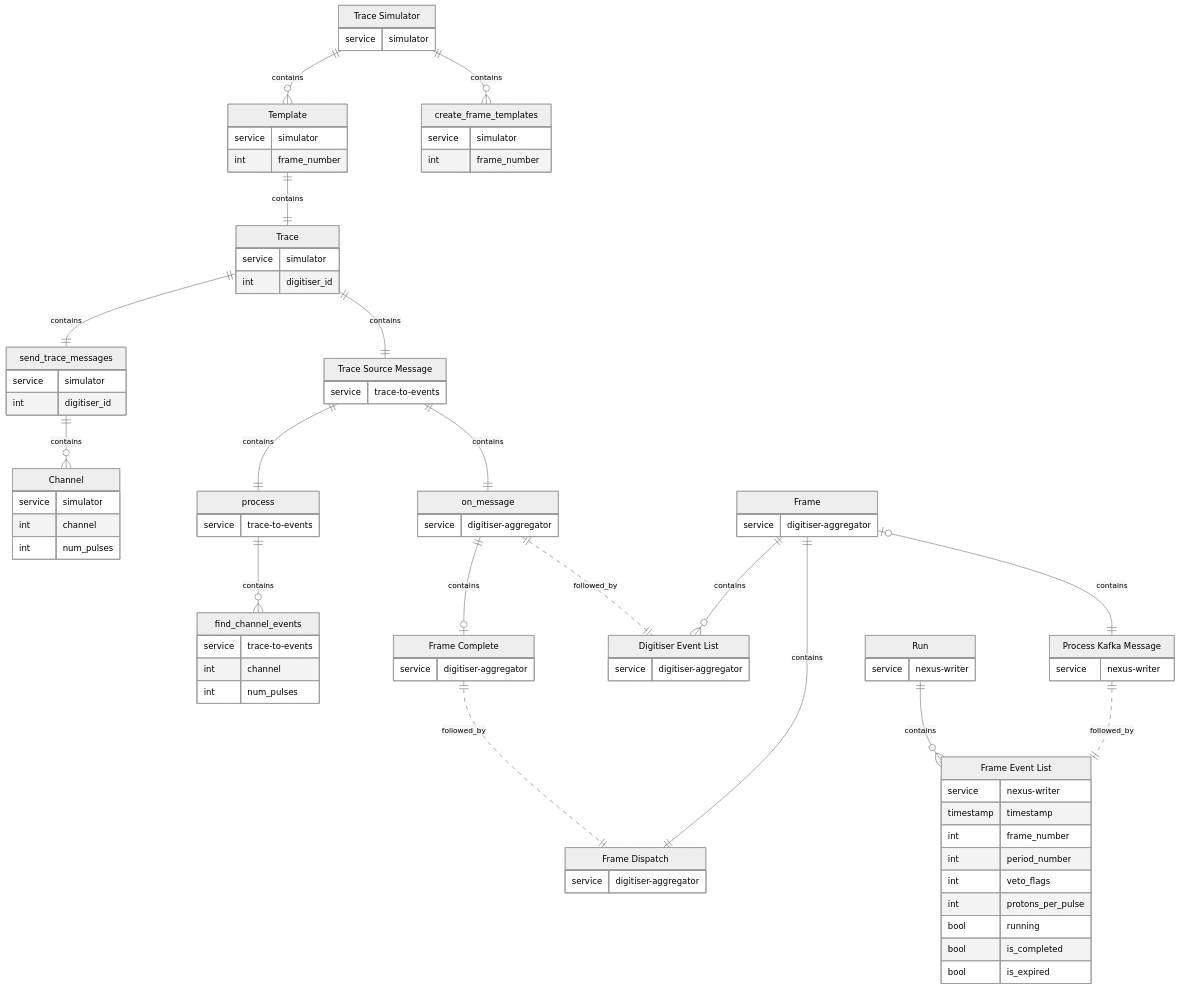
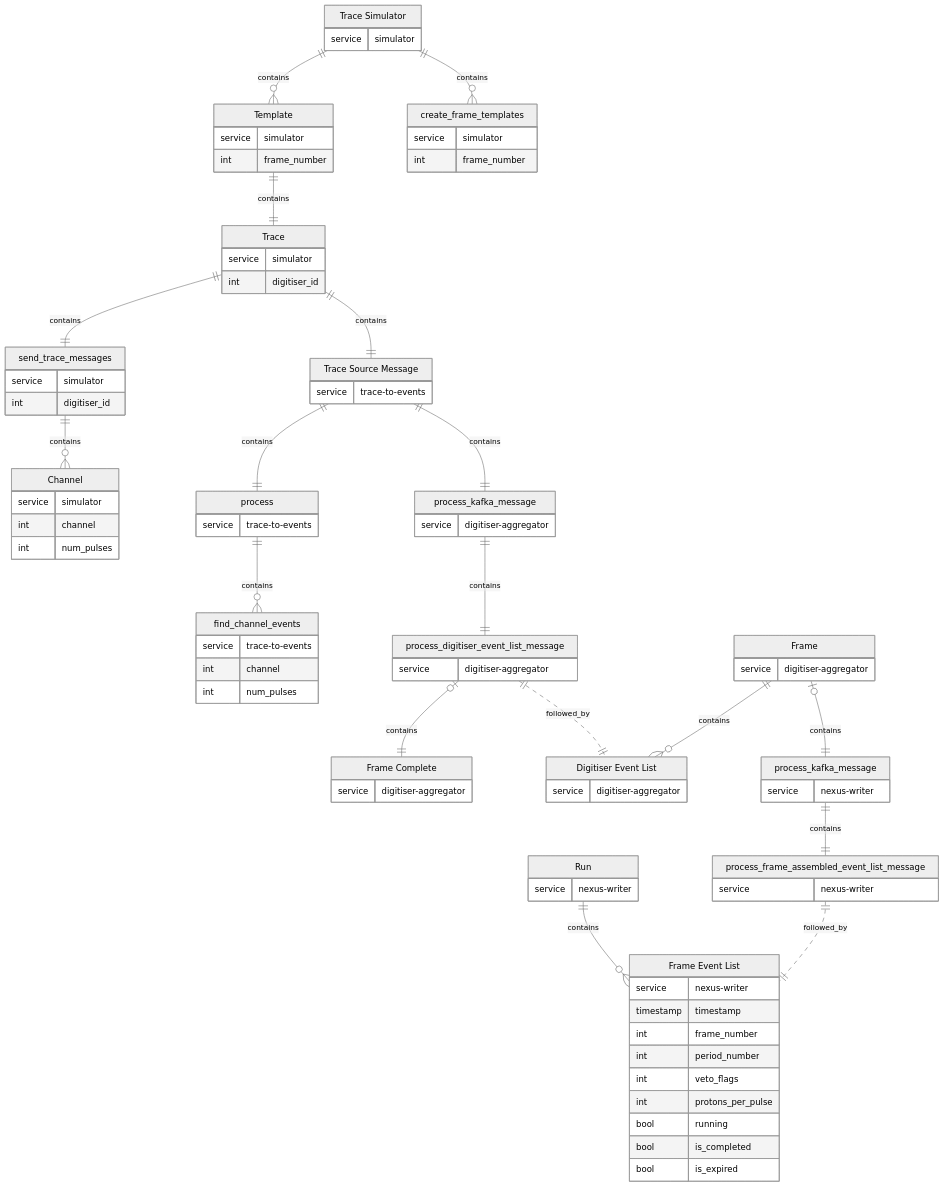
One commit to STFC-ICD-Research-and-Design/supermusr-data-pipeline changed the first of 4 diagrams in docs/tracing.md. Above: the diagram before and after it, drawn with Mermaid (neutral theme). The commit also changed other lines of this file and 2 other files, not shown here.

Commit message:
Refactoring

````diff
--- a/docs/tracing.md
+++ b/docs/tracing.md
@@ -92,13 +92,13 @@
     TEMPLATE ||--|| SIM_TRACE : contains
     SEND_TRC_MSG["send_trace_messages"] {
         service simulator
-        int digitiser_id    
+        int digitiser_id
     }
     SIM_TRACE ||--|| SEND_TRC_MSG : contains
     TRACE_CHNLS["Channel"] {
         service simulator
         int channel
-        int num_pulses    
+        int num_pulses
     }
     SEND_TRC_MSG ||--o{ TRACE_CHNLS : contains
     CREATE_FRM_TMPLS["create_frame_templates"] {
@@ -122,33 +122,35 @@
     }
     PROCESS ||--o{ FIND_CHNL_EVTS : contains
 
-    DA_ON_MSG["on_message"] {
+    DA_KAFKA_MSG["process_kafka_message"] {
         service digitiser-aggregator
     }
-    TRACE_SRC_MSG ||--|| DA_ON_MSG : contains
-    FRAME_COMPLETE["Frame Complete"] {
+    TRACE_SRC_MSG ||--|| DA_KAFKA_MSG : contains
+    DA_DIG_EVT_MSG["process_digitiser_event_list_message"] {
         service digitiser-aggregator
     }
-    DA_ON_MSG ||--o| FRAME_COMPLETE : contains
+    DA_FRAME_COMPLETE["Frame Complete"] {
+        service digitiser-aggregator
+    }
+    DA_DIG_EVT_MSG |o--|| DA_FRAME_COMPLETE : contains
+    DA_KAFKA_MSG ||--|| DA_DIG_EVT_MSG : contains
     FRAME["Frame"] {
         service digitiser-aggregator
     }
     FRAME_DIGITISER["Digitiser Event List"] {
         service digitiser-aggregator
     }
-    DA_ON_MSG ||..|| FRAME_DIGITISER : followed_by
+    DA_DIG_EVT_MSG ||..|| FRAME_DIGITISER : followed_by
     FRAME ||--o{ FRAME_DIGITISER : contains
-    FRAME_DISPATCH["Frame Dispatch"] {
-        service digitiser-aggregator
-    }
-    FRAME_COMPLETE ||..|| FRAME_DISPATCH : followed_by
-    FRAME ||--|| FRAME_DISPATCH : contains
 
-
-    NW_KAFKA_MSG["Process Kafka Message"] {
+    NW_KAFKA_MSG["process_kafka_message"] {
         service nexus-writer
     }
     FRAME |o--|| NW_KAFKA_MSG : contains
+    NW_FRM_EVT_MSG["process_frame_assembled_event_list_message"] {
+        service nexus-writer
+    }
+    NW_KAFKA_MSG ||--|| NW_FRM_EVT_MSG : contains
     RUN["Run"] {
         service nexus-writer
     }
@@ -164,5 +166,5 @@
         bool is_expired
     }
     RUN ||--o{ RUN_FRAME : contains
-    NW_KAFKA_MSG ||..|| RUN_FRAME : followed_by
+    NW_FRM_EVT_MSG ||..|| RUN_FRAME : followed_by
 ```
````
